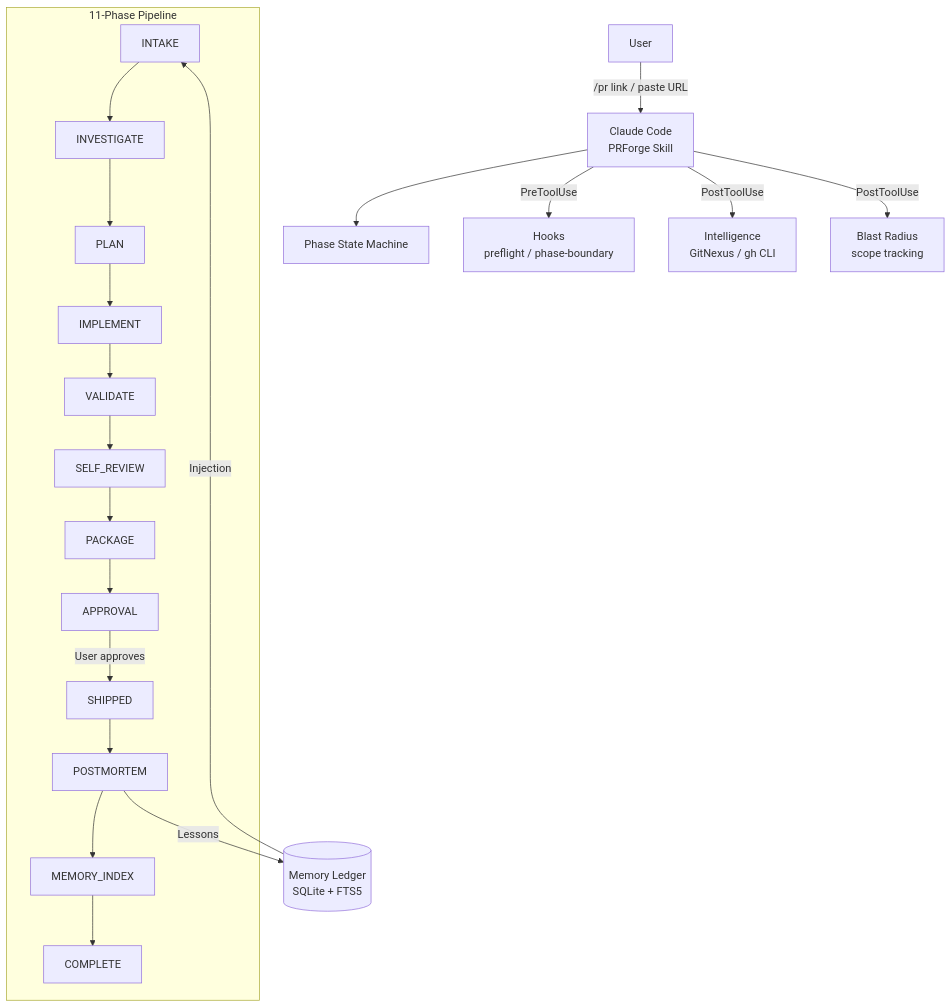
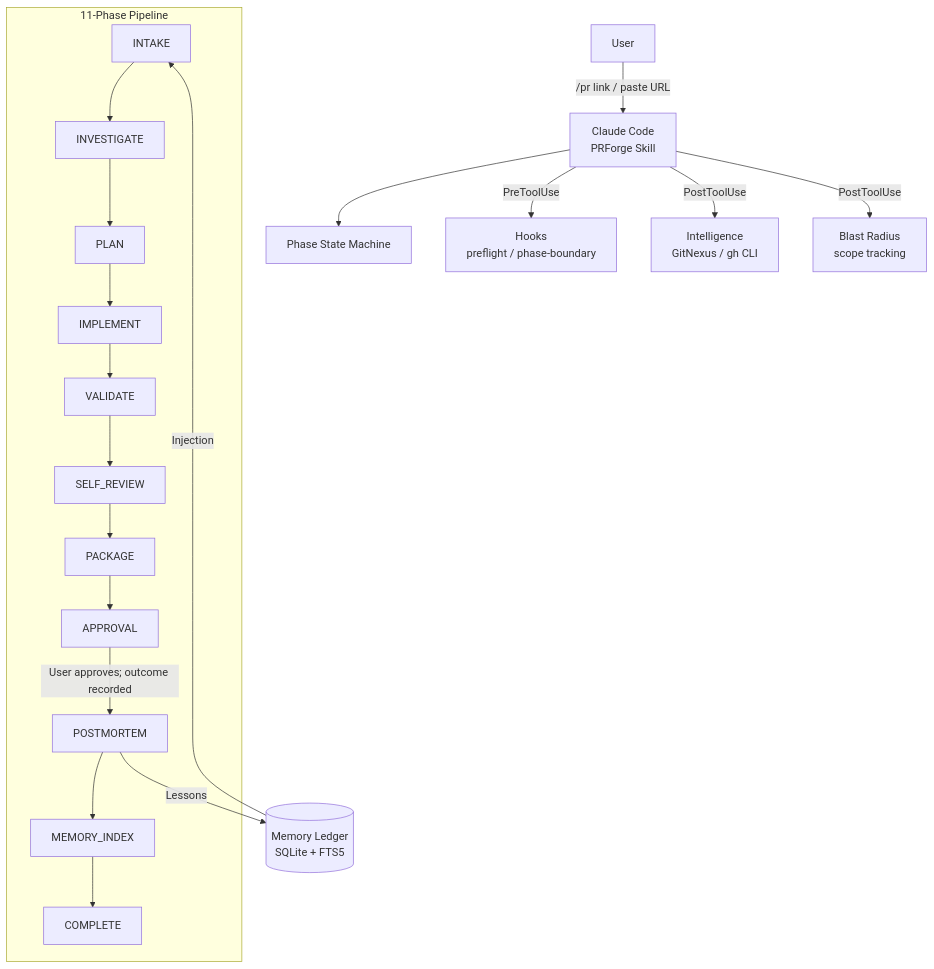
Before and after one commit to B-A-M-N/prforge: the first of 2 diagrams in README.md, drawn with Mermaid. The commit also changed other lines of this file and 10 other files, not shown here.

````diff
--- a/README.md
+++ b/README.md
@@ -50,23 +50,22 @@
 ```mermaid
 graph TD
     U[User] -->|"/pr link" / paste URL| CC[Claude Code<br/>PRForge Skill]
     CC --> PH[Phase State Machine]
     subgraph Phases ["11-Phase Pipeline"]
         I[INTAKE] --> INV[INVESTIGATE]
         INV --> PL[PLAN]
         PL --> IM[IMPLEMENT]
         IM --> V[VALIDATE]
         V --> SR[SELF_REVIEW]
         SR --> PK[PACKAGE]
         PK --> AP[APPROVAL]
-        AP -->|User approves| S[SHIPPED]
-        S --> PM[POSTMORTEM]
+        AP -->|User approves; outcome recorded| PM[POSTMORTEM]
         PM --> MI[MEMORY_INDEX]
         MI --> C[COMPLETE]
     end
     CC -->|PreToolUse| HL[Hooks<br/>preflight / phase-boundary]
     CC -->|PostToolUse| IG[Intelligence<br/>GitNexus / gh CLI]
     CC -->|PostToolUse| BR[Blast Radius<br/>scope tracking]
     PM -->|Lessons| ML[(Memory Ledger<br/>SQLite + FTS5)]
     ML -->|Injection| I
 ```
````
